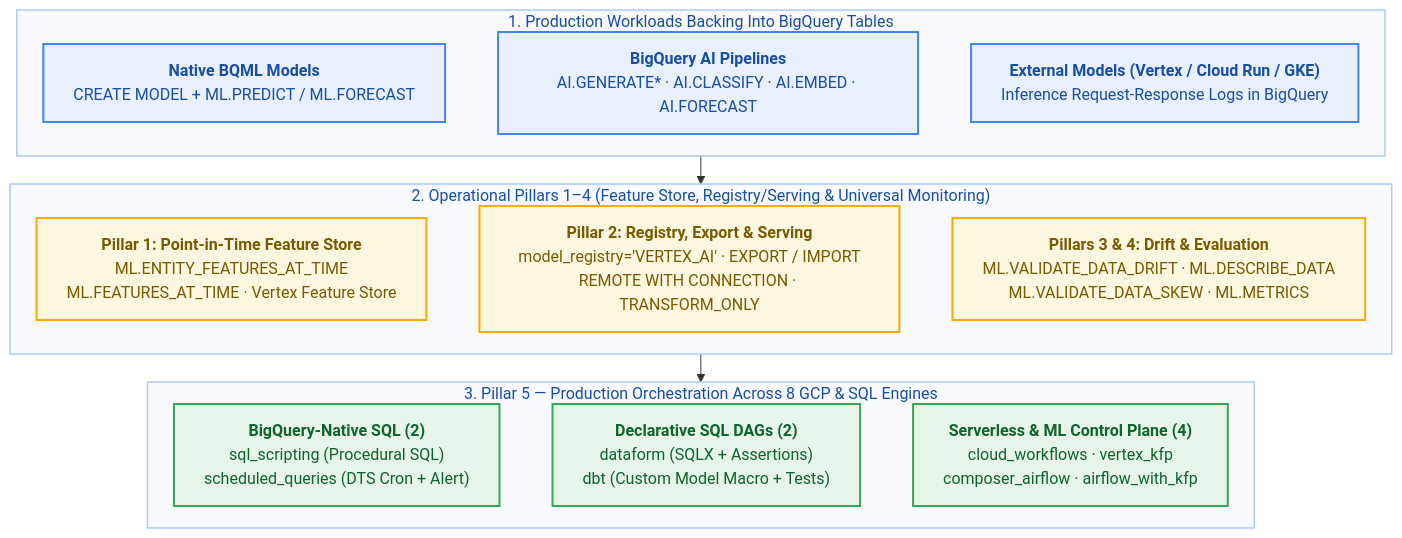
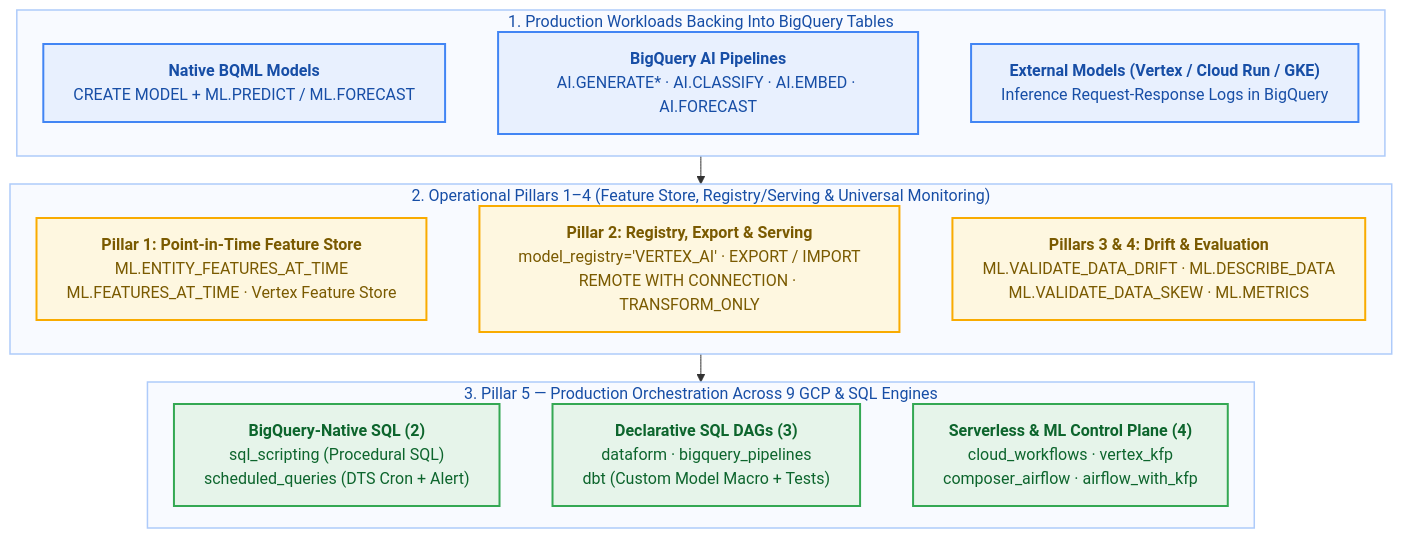
One commit to statmike/bigquery-data-science changed the diagram in skills/bigquery-mlops/SKILL.md. Above: the diagram before and after it, drawn with Mermaid. The commit also changed other lines of this file and 17 other files, not shown here.

Commit message:
feat(bigquery-ml): add 9th pipeline bigquery_pipelines with unit tests, notebook tasks, and dataform cross-reference (P8.1)

````diff
--- a/skills/bigquery-mlops/SKILL.md
+++ b/skills/bigquery-mlops/SKILL.md
@@ -16,40 +16,40 @@
 ```mermaid
 %%{init: {'flowchart': {'wrappingWidth': 360, 'nodeSpacing': 24, 'rankSpacing': 28}}}%%
 flowchart TD
     subgraph WORKLOADS["1. Production Workloads Backing Into BigQuery Tables"]
         direction LR
         W_BQML["<b>Native BQML Models</b><br/>CREATE MODEL + ML.PREDICT / ML.FORECAST"]
         W_BQAI["<b>BigQuery AI Pipelines</b><br/>AI.GENERATE* · AI.CLASSIFY · AI.EMBED · AI.FORECAST"]
         W_EXT["<b>External Models (Vertex / Cloud Run / GKE)</b><br/>Inference Request-Response Logs in BigQuery"]
         W_BQML ~~~ W_BQAI ~~~ W_EXT
     end
 
     subgraph PILLARS["2. Operational Pillars 1–4 (Feature Store, Registry/Serving &amp; Universal Monitoring)"]
         direction LR
         P_FS["<b>Pillar 1: Point-in-Time Feature Store</b><br/>ML.ENTITY_FEATURES_AT_TIME<br/>ML.FEATURES_AT_TIME · Vertex Feature Store"]
         P_REG["<b>Pillar 2: Registry, Export &amp; Serving</b><br/>model_registry='VERTEX_AI' · EXPORT / IMPORT<br/>REMOTE WITH CONNECTION · TRANSFORM_ONLY"]
         P_MON["<b>Pillars 3 &amp; 4: Drift &amp; Evaluation</b><br/>ML.VALIDATE_DATA_DRIFT · ML.DESCRIBE_DATA<br/>ML.VALIDATE_DATA_SKEW · ML.METRICS"]
         P_FS ~~~ P_REG ~~~ P_MON
     end
 
-    subgraph ORCH["3. Pillar 5 — Production Orchestration Across 8 GCP &amp; SQL Engines"]
+    subgraph ORCH["3. Pillar 5 — Production Orchestration Across 9 GCP &amp; SQL Engines"]
         direction LR
         O_SQL["<b>BigQuery-Native SQL (2)</b><br/>sql_scripting (Procedural SQL)<br/>scheduled_queries (DTS Cron + Alert)"]
-        O_DAG["<b>Declarative SQL DAGs (2)</b><br/>dataform (SQLX + Assertions)<br/>dbt (Custom Model Macro + Tests)"]
+        O_DAG["<b>Declarative SQL DAGs (3)</b><br/>dataform · bigquery_pipelines<br/>dbt (Custom Model Macro + Tests)"]
         O_CP["<b>Serverless &amp; ML Control Plane (4)</b><br/>cloud_workflows · vertex_kfp<br/>composer_airflow · airflow_with_kfp"]
         O_SQL ~~~ O_DAG ~~~ O_CP
     end
 
     WORKLOADS --> PILLARS --> ORCH
 
     style WORKLOADS fill:#F8FAFF,stroke:#AECBFA,stroke-width:1.5px,color:#174EA6
     style PILLARS fill:#F8FAFF,stroke:#AECBFA,stroke-width:1.5px,color:#174EA6
     style ORCH fill:#F8FAFF,stroke:#AECBFA,stroke-width:1.5px,color:#174EA6
 
     classDef data fill:#E8F0FE,stroke:#4285F4,stroke-width:2px,color:#174EA6
     classDef config fill:#FEF7E0,stroke:#F9AB00,stroke-width:2px,color:#7A5A00
     classDef compute fill:#E6F4EA,stroke:#34A853,stroke-width:2px,color:#0D652D
     class W_BQML,W_BQAI,W_EXT data
     class P_FS,P_REG,P_MON config
     class O_SQL,O_DAG,O_CP compute
 ```
````
